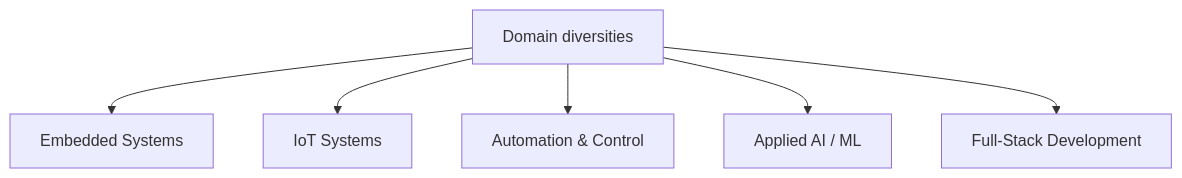
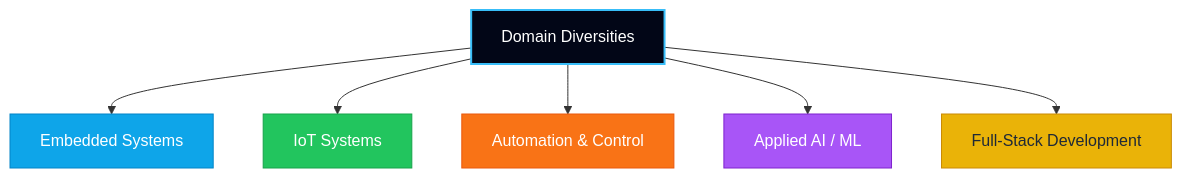
Before and after one commit to Agnibha-31/Agnibha-31: the diagram in README.md, drawn with Mermaid.

Commit message:
Enhance flowchart with class definitions and structure
Updated the flowchart in the README to include class definitions and improve structure.

````diff
--- a/README.md
+++ b/README.md
@@ -99,8 +97,23 @@
 ```mermaid
 flowchart TD
-    A[Domain diversities] --> B[Embedded Systems]
-    A --> C[IoT Systems]
-    A --> D[Automation & Control]
-    A --> E[Applied AI / ML]
-    A --> F[Full-Stack Development]
+    A[Domain Diversities]:::core
+    B[Embedded Systems]:::embedded
+    C[IoT Systems]:::iot
+    D[Automation & Control]:::control
+    E[Applied AI / ML]:::ai
+    F[Full-Stack Development]:::fullstack
+
+    A --> B
+    A --> C
+    A --> D
+    A --> E
+    A --> F
+
+    %% Class definitions
+    classDef core fill:#020617,stroke:#38bdf8,stroke-width:2px,color:#ffffff
+    classDef embedded fill:#0ea5e9,stroke:#0284c7,color:#ffffff
+    classDef iot fill:#22c55e,stroke:#16a34a,color:#ffffff
+    classDef control fill:#f97316,stroke:#ea580c,color:#ffffff
+    classDef ai fill:#a855f7,stroke:#7e22ce,color:#ffffff
+    classDef fullstack fill:#eab308,stroke:#ca8a04,color:#1f2937
 ```
````
